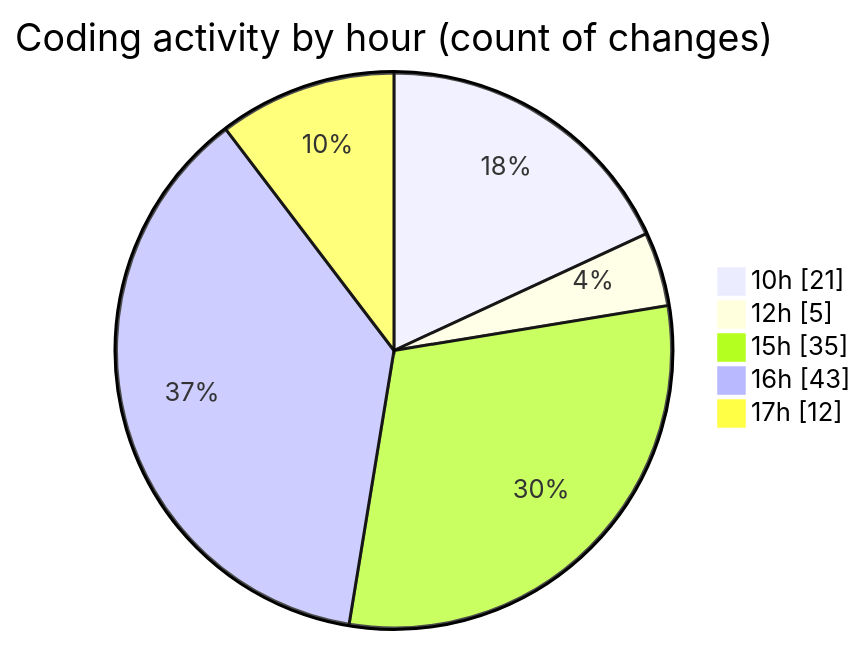
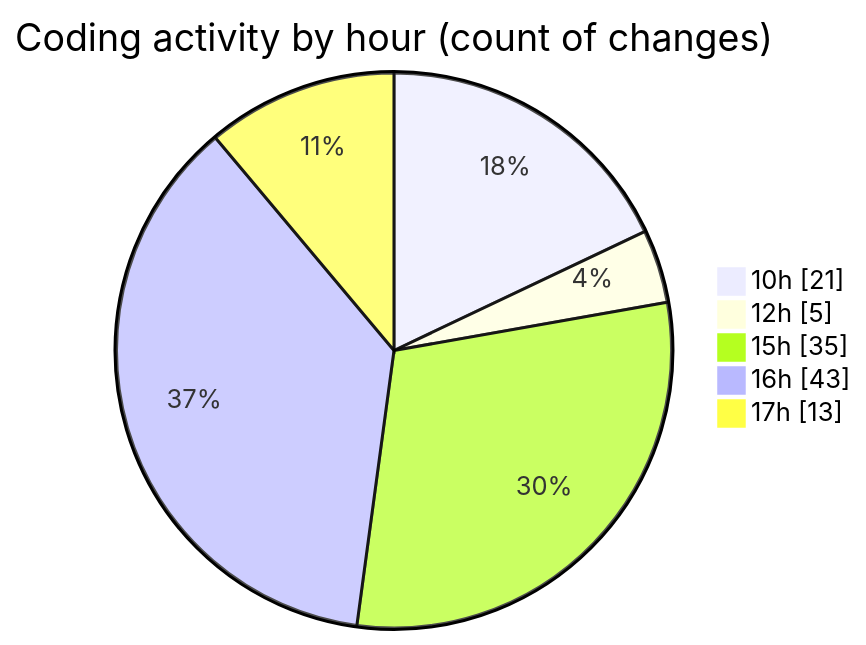
One commit to momahboobian/code-tracking changed the second of 2 diagrams in 2025-08-27/cda/README.md. Above: the diagram before and after it, drawn with Mermaid. The commit also changed other lines of this file and 1 other file, not shown here.

````diff
--- a/2025-08-27/cda/README.md
+++ b/2025-08-27/cda/README.md
@@ -41,9 +43,9 @@
 ```mermaid
 pie showData
 title Coding activity by hour (count of changes)
 "10h" : 21
 "12h" : 5
 "15h" : 35
 "16h" : 43
-"17h" : 12
+"17h" : 13
 ```
````
